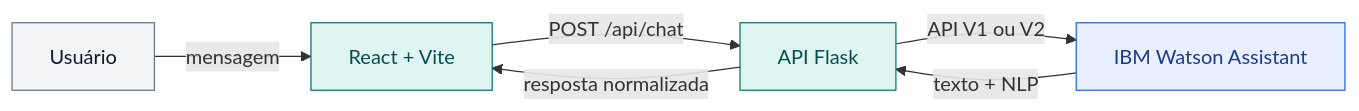
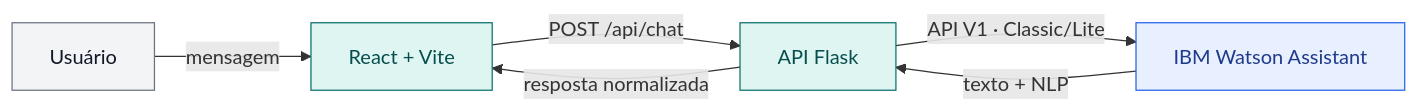
One commit to Hinten/fiap2_fase5_cap1 changed the diagram in README.md. Above: the diagram before and after it, drawn with Mermaid. The commit also changed other lines of this file and 11 other files, not shown here.

````diff
--- a/README.md
+++ b/README.md
@@ -133,15 +133,15 @@
 ```mermaid
 flowchart LR
     U[Usuário] -->|mensagem| R[React + Vite]
     R -->|POST /api/chat| F[API Flask]
-    F -->|API V1 ou V2| W[IBM Watson Assistant]
+    F -->|API V1 · Classic/Lite| W[IBM Watson Assistant]
     W -->|texto + NLP| F
     F -->|resposta normalizada| R
 
     classDef user fill:#f3f4f6,stroke:#6b7280,color:#111827
     classDef app fill:#dff5f2,stroke:#0b706f,color:#064e4d
     classDef external fill:#e8efff,stroke:#2563eb,color:#1e3a8a
     class U user
     class R,F app
     class W external
 ```
````
